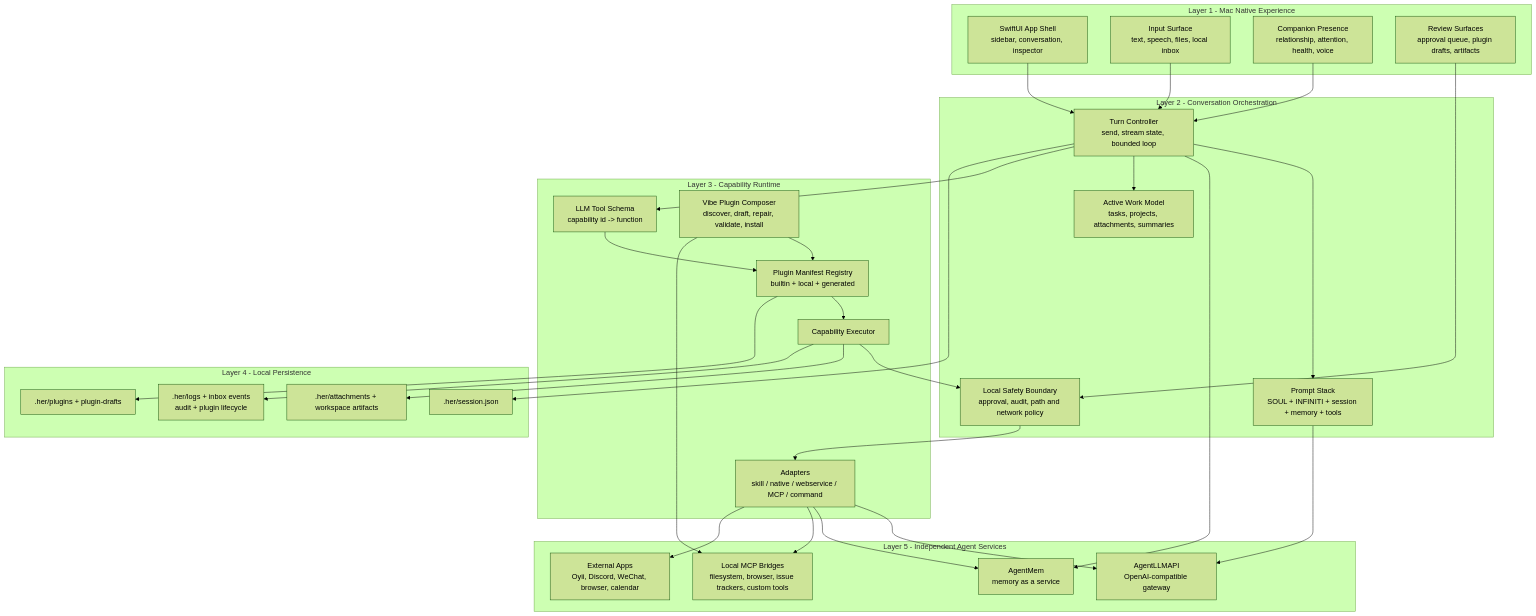
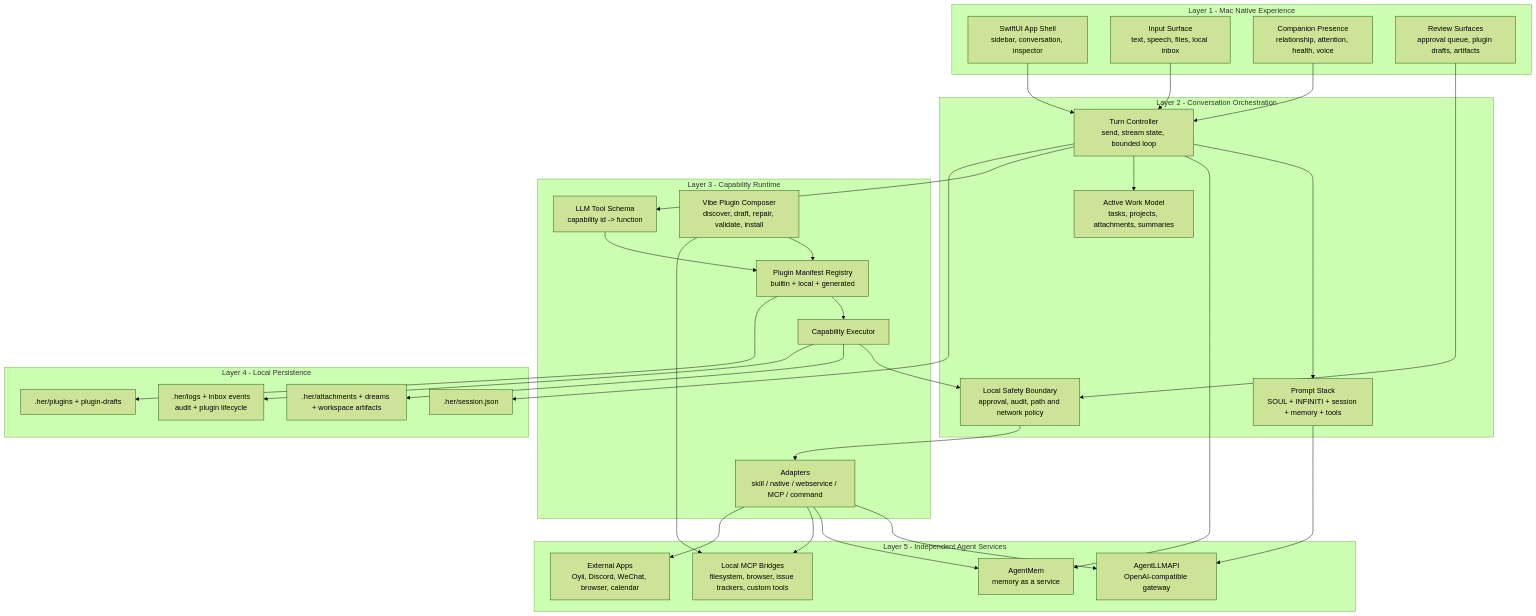
The second of 7 diagrams in docs/her-desktop-architecture.md (stelee410/her-desktop), drawn with Mermaid (forest theme) before and after one commit. The commit also changed other lines of this file and 6 other files, not shown here.

````diff
--- a/docs/her-desktop-architecture.md
+++ b/docs/her-desktop-architecture.md
@@ -155,62 +157,62 @@
 ```mermaid
 flowchart TB
     subgraph L1["Layer 1 - Mac Native Experience"]
         shell["SwiftUI App Shell<br/>sidebar, conversation, inspector"]
         input["Input Surface<br/>text, speech, files, local inbox"]
         presence2["Companion Presence<br/>relationship, attention, health, voice"]
         review["Review Surfaces<br/>approval queue, plugin drafts, artifacts"]
     end
 
     subgraph L2["Layer 2 - Conversation Orchestration"]
         turn["Turn Controller<br/>send, stream state, bounded loop"]
         prompt2["Prompt Stack<br/>SOUL + INFINITI + session + memory + tools"]
         work["Active Work Model<br/>tasks, projects, attachments, summaries"]
         safety["Local Safety Boundary<br/>approval, audit, path and network policy"]
     end
 
     subgraph L3["Layer 3 - Capability Runtime"]
         manifest["Plugin Manifest Registry<br/>builtin + local + generated"]
         tools2["LLM Tool Schema<br/>capability id -> function"]
         exec2["Capability Executor"]
         adapters["Adapters<br/>skill / native / webservice / MCP / command"]
         composer["Vibe Plugin Composer<br/>discover, draft, repair, validate, install"]
     end
 
     subgraph L4["Layer 4 - Local Persistence"]
         localSession[".her/session.json"]
         localPlugins[".her/plugins + plugin-drafts"]
-        localData[".her/attachments + workspace artifacts"]
+        localData[".her/attachments + dreams + workspace artifacts"]
         localAudit[".her/logs + inbox events<br/>audit + plugin lifecycle"]
     end
 
     subgraph L5["Layer 5 - Independent Agent Services"]
         llm["AgentLLMAPI<br/>OpenAI-compatible gateway"]
         mem["AgentMem<br/>memory as a service"]
         mcpBridge["Local MCP Bridges<br/>filesystem, browser, issue trackers, custom tools"]
         externalApps["External Apps<br/>Oyii, Discord, WeChat, browser, calendar"]
     end
 
     shell --> turn
     input --> turn
     presence2 --> turn
     review --> safety
 
     turn --> prompt2
     prompt2 --> llm
     turn --> mem
     turn --> work
     turn --> tools2
 
     tools2 --> manifest --> exec2 --> safety --> adapters
     composer --> manifest
     composer --> mcpBridge
     adapters --> llm
     adapters --> mem
     adapters --> mcpBridge
     adapters --> externalApps
 
     turn --> localSession
     manifest --> localPlugins
     exec2 --> localData
     exec2 --> localAudit
 ```
````
